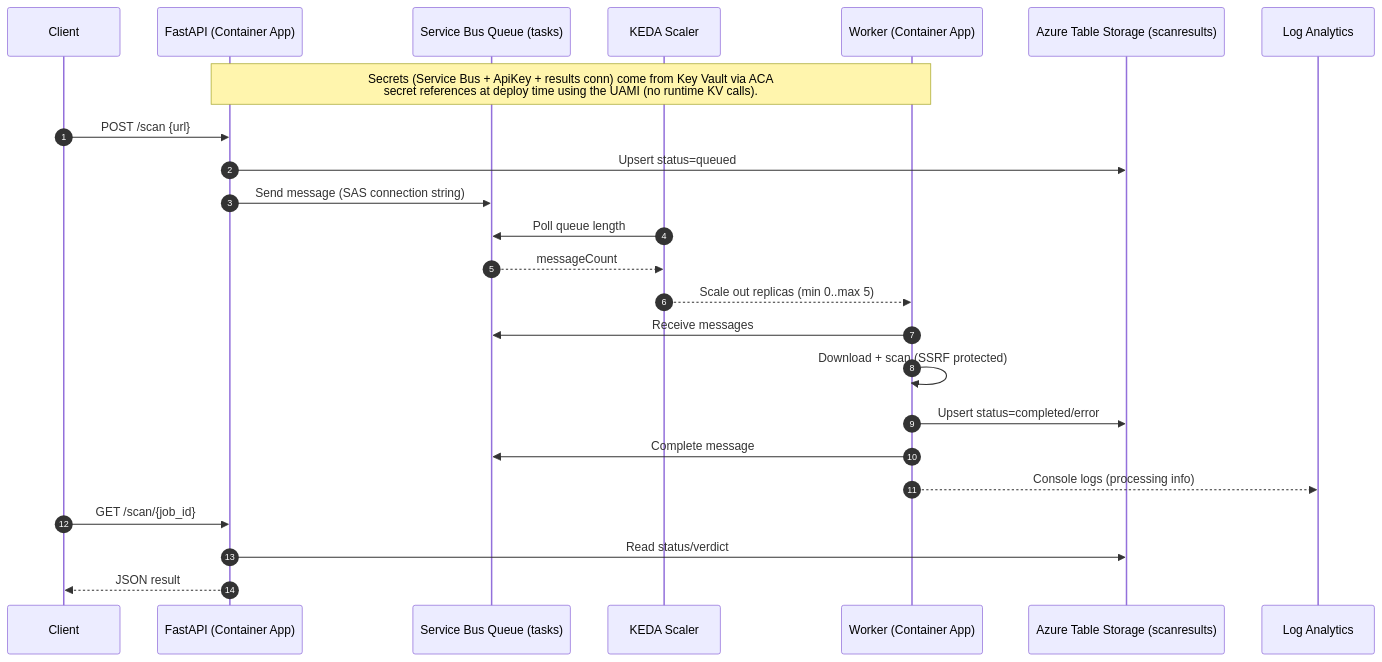
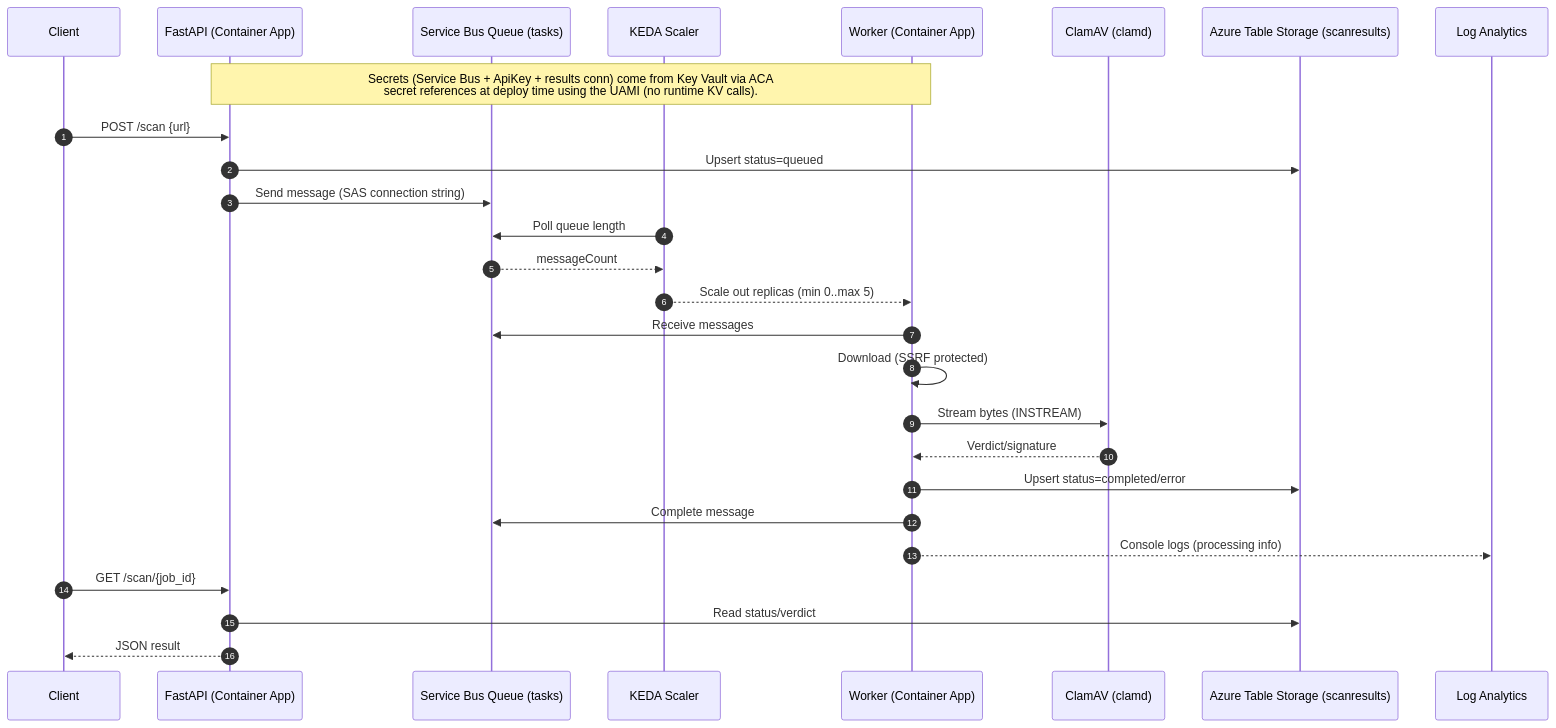
The diagram in readme.md (steve-sibi/azure-devsecops-aca), drawn with Mermaid before and after one commit. The commit also changed other lines of this file and 2 other files, not shown here.

Commit message:
Enhance ClamAV integration: support multiple hosts via CLAMAV_HOSTS, update scanning logic to iterate through hosts, and improve error handling. Update README to reflect changes in architecture and usage.

````diff
--- a/readme.md
+++ b/readme.md
@@ -49,31 +55,34 @@
 ```mermaid
 sequenceDiagram
   autonumber
   participant C as Client
   participant API as FastAPI (Container App)
   participant SB as Service Bus Queue (tasks)
   participant KEDA as KEDA Scaler
   participant W as Worker (Container App)
+  participant AV as ClamAV (clamd)
   participant T as Azure Table Storage (scanresults)
   participant LA as Log Analytics
 
   Note over API,W: Secrets (Service Bus + ApiKey + results conn) come from Key Vault via ACA<br/>secret references at deploy time using the UAMI (no runtime KV calls).
 
   C->>API: POST /scan {url}
   API->>T: Upsert status=queued
   API->>SB: Send message (SAS connection string)
 
   KEDA->>SB: Poll queue length
   SB-->>KEDA: messageCount
   KEDA-->>W: Scale out replicas (min 0..max 5)
 
   W->>SB: Receive messages
-  W->>W: Download + scan (SSRF protected)
+  W->>W: Download (SSRF protected)
+  W->>AV: Stream bytes (INSTREAM)
+  AV-->>W: Verdict/signature
   W->>T: Upsert status=completed/error
   W->>SB: Complete message
   W-->>LA: Console logs (processing info)
 
   C->>API: GET /scan/{job_id}
   API->>T: Read status/verdict
   API-->>C: JSON result
 ```
````
